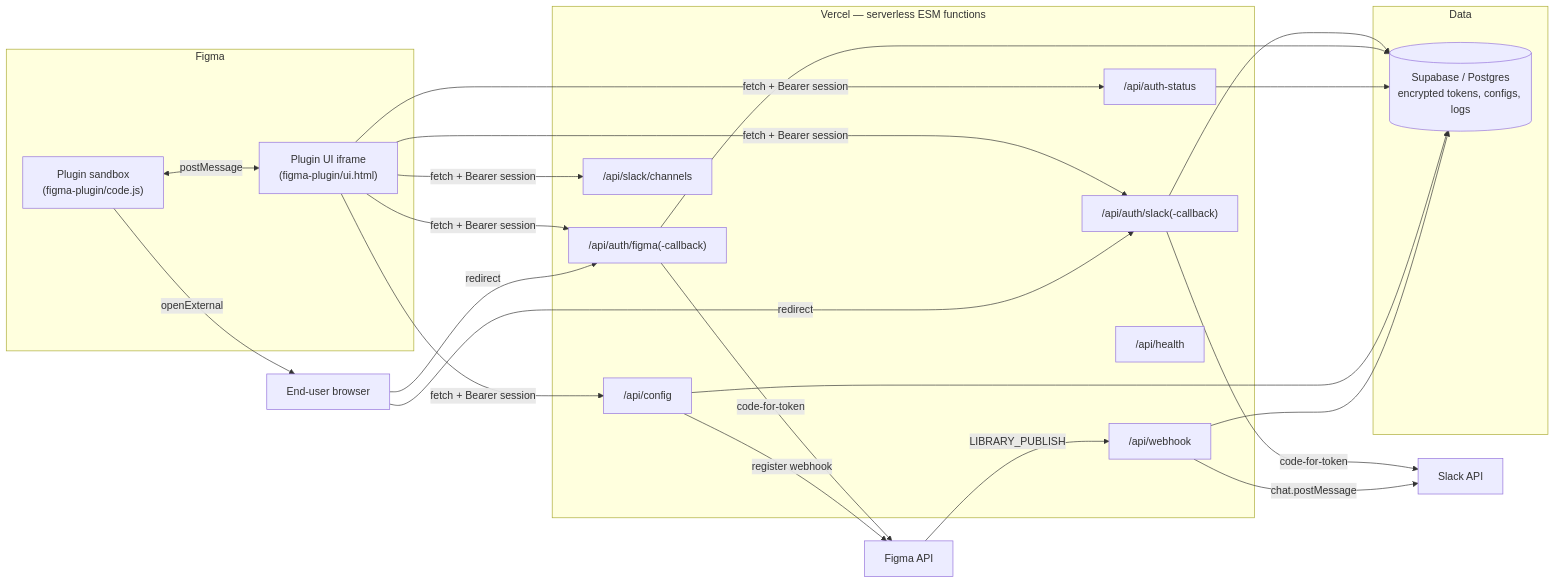
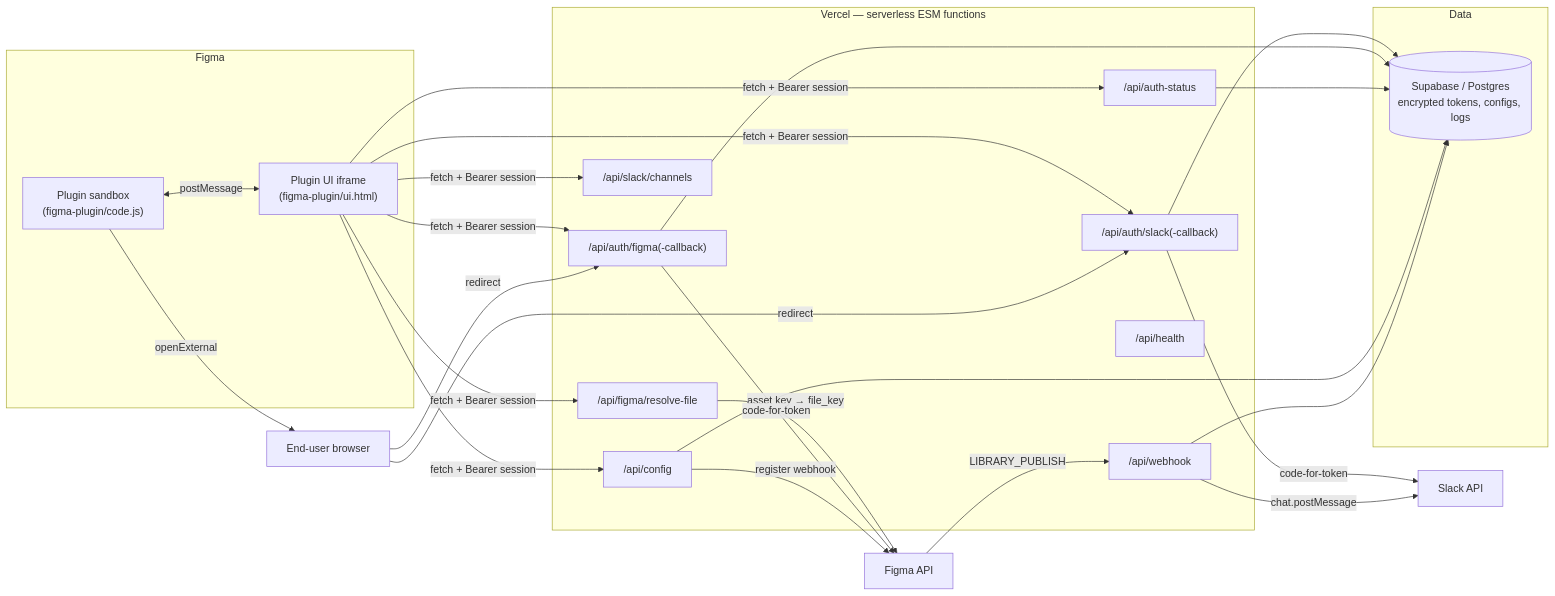
One commit to gragtajar/library-pulse changed the diagram in ARCHITECTURE.md. Above: the diagram before and after it, drawn with Mermaid. The commit also changed 8 other files, not shown here.

````diff
--- a/ARCHITECTURE.md
+++ b/ARCHITECTURE.md
@@ -13,37 +13,39 @@
 ```mermaid
 flowchart LR
     subgraph Figma
         Plugin["Plugin sandbox<br/>(figma-plugin/code.js)"]
         UI["Plugin UI iframe<br/>(figma-plugin/ui.html)"]
         Plugin <--postMessage--> UI
     end
 
     subgraph Vercel["Vercel — serverless ESM functions"]
         AuthSlack["/api/auth/slack(-callback)"]
         AuthFigma["/api/auth/figma(-callback)"]
         Status["/api/auth-status"]
         Config["/api/config"]
         SlackChannels["/api/slack/channels"]
+        ResolveFile["/api/figma/resolve-file"]
         Webhook["/api/webhook"]
         Health["/api/health"]
     end
 
     subgraph Data
         SB[(Supabase / Postgres<br/>encrypted tokens, configs, logs)]
     end
 
     Browser["End-user browser"]
     SlackAPI["Slack API"]
     FigmaAPI["Figma API"]
 
-    UI -- fetch + Bearer session --> AuthSlack & AuthFigma & Status & Config & SlackChannels
+    UI -- fetch + Bearer session --> AuthSlack & AuthFigma & Status & Config & SlackChannels & ResolveFile
+    ResolveFile -- asset key → file_key --> FigmaAPI
     Plugin -- openExternal --> Browser
     Browser -- redirect --> AuthSlack
     Browser -- redirect --> AuthFigma
     AuthSlack & AuthFigma & Status & Config & Webhook --> SB
     AuthSlack -- code-for-token --> SlackAPI
     AuthFigma -- code-for-token --> FigmaAPI
     Config -- register webhook --> FigmaAPI
     FigmaAPI -- LIBRARY_PUBLISH --> Webhook
     Webhook -- chat.postMessage --> SlackAPI
 ```
````
